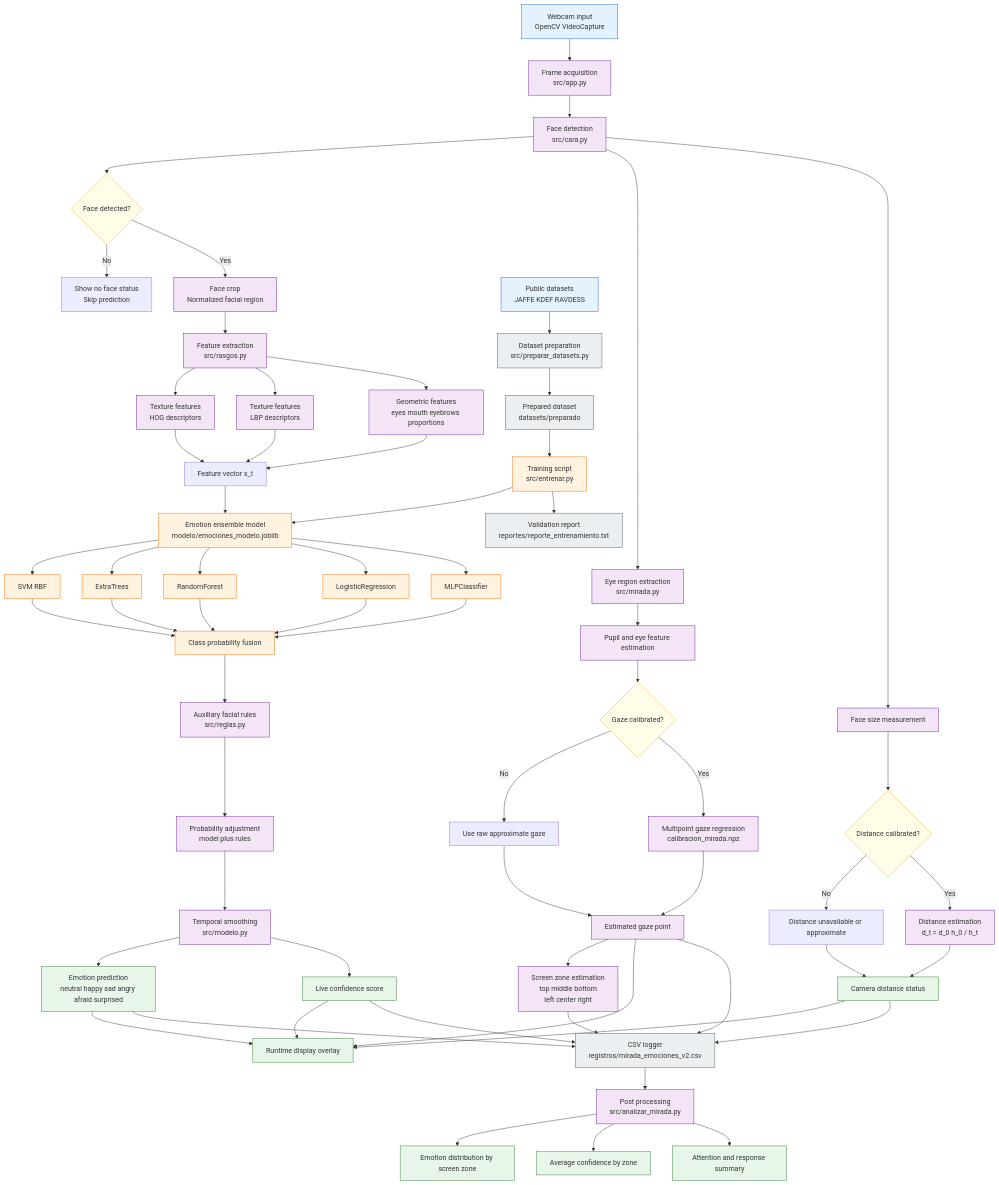
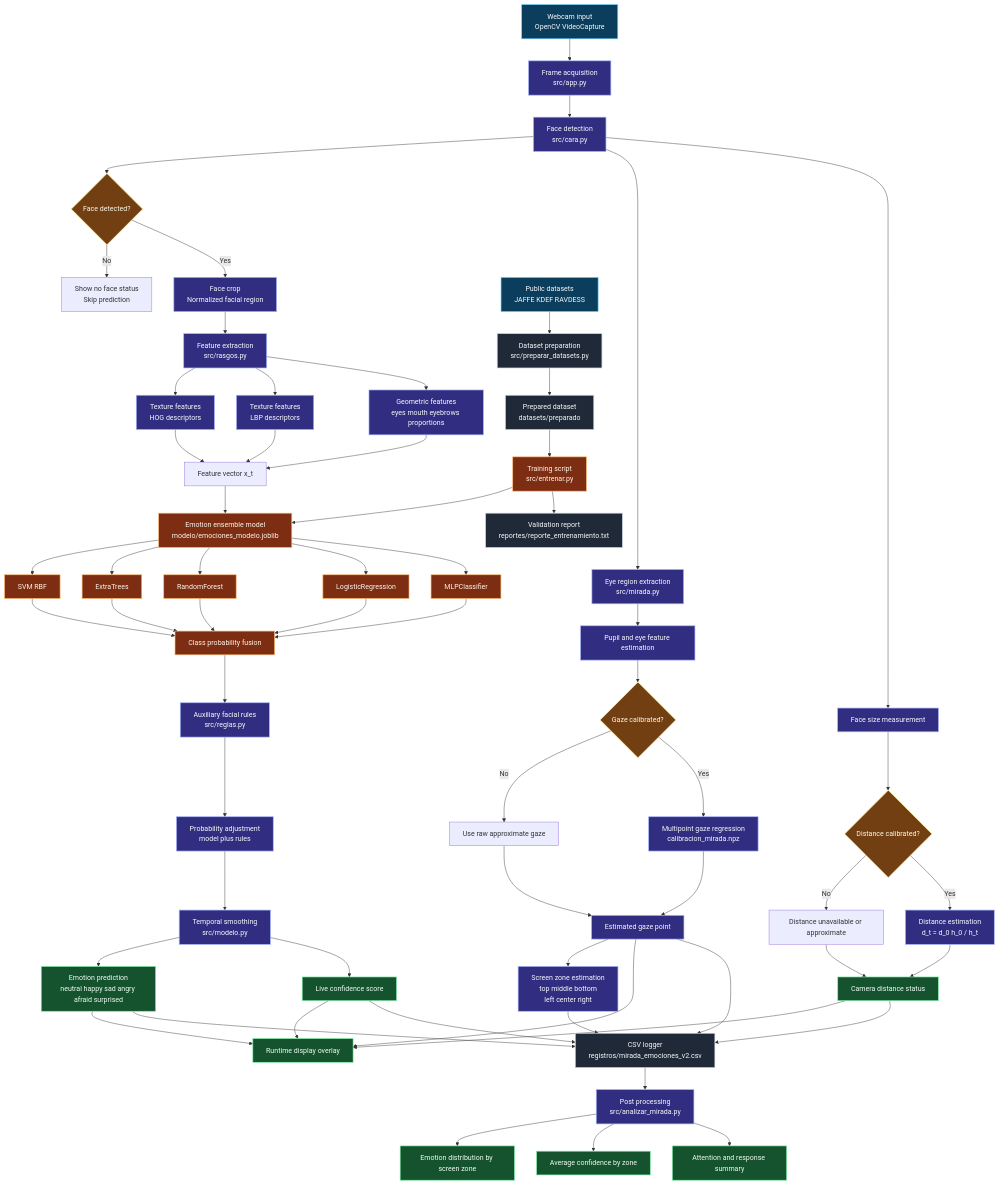
One commit to geramontano/VisionPro changed the diagram in docs/arquitectura.md. Above: the diagram before and after it, drawn with Mermaid.

Commit message:
Improve Mermaid diagram contrast for dark mode

```diff
--- a/docs/arquitectura.md
+++ b/docs/arquitectura.md
@@ -77,12 +77,12 @@
     AD --> H
     AD --> AE["Validation report<br/>reportes/reporte_entrenamiento.txt"]
 
-    classDef input fill:#E3F2FD,stroke:#1565C0,stroke-width:1px;
-    classDef process fill:#F3E5F5,stroke:#6A1B9A,stroke-width:1px;
-    classDef model fill:#FFF3E0,stroke:#EF6C00,stroke-width:1px;
-    classDef output fill:#E8F5E9,stroke:#2E7D32,stroke-width:1px;
-    classDef decision fill:#FFFDE7,stroke:#F9A825,stroke-width:1px;
-    classDef storage fill:#ECEFF1,stroke:#455A64,stroke-width:1px;
+    classDef input fill:#0B3D5C,stroke:#7DD3FC,color:#F8FAFC,stroke-width:1.5px;
+    classDef process fill:#312E81,stroke:#A5B4FC,color:#F8FAFC,stroke-width:1.5px;
+    classDef model fill:#7C2D12,stroke:#FDBA74,color:#FFF7ED,stroke-width:1.5px;
+    classDef output fill:#14532D,stroke:#86EFAC,color:#F0FDF4,stroke-width:1.5px;
+    classDef decision fill:#713F12,stroke:#FDE68A,color:#FFFBEB,stroke-width:1.5px;
+    classDef storage fill:#1F2937,stroke:#CBD5E1,color:#F8FAFC,stroke-width:1.5px;
 
     class A,AA input;
     class B,C,E,F,F1,F2,F3,J,K,L,N,O,Q,R,S,T,V,Z process;
```
